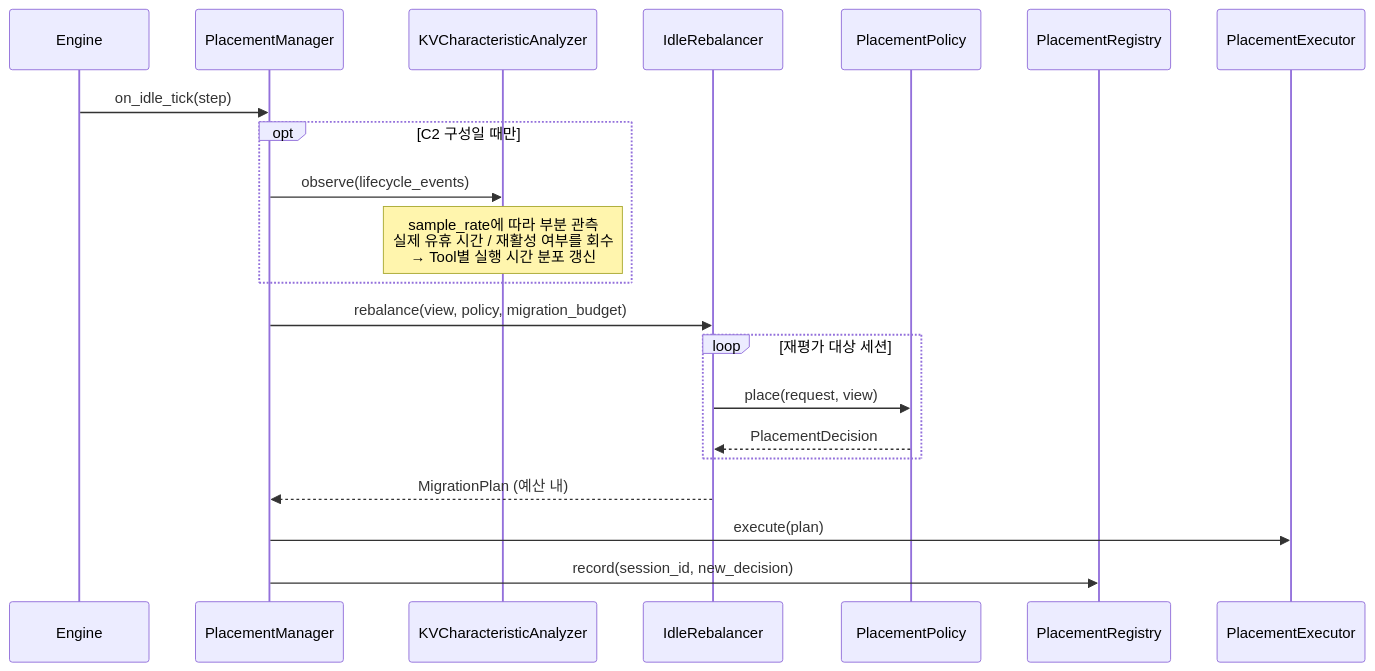
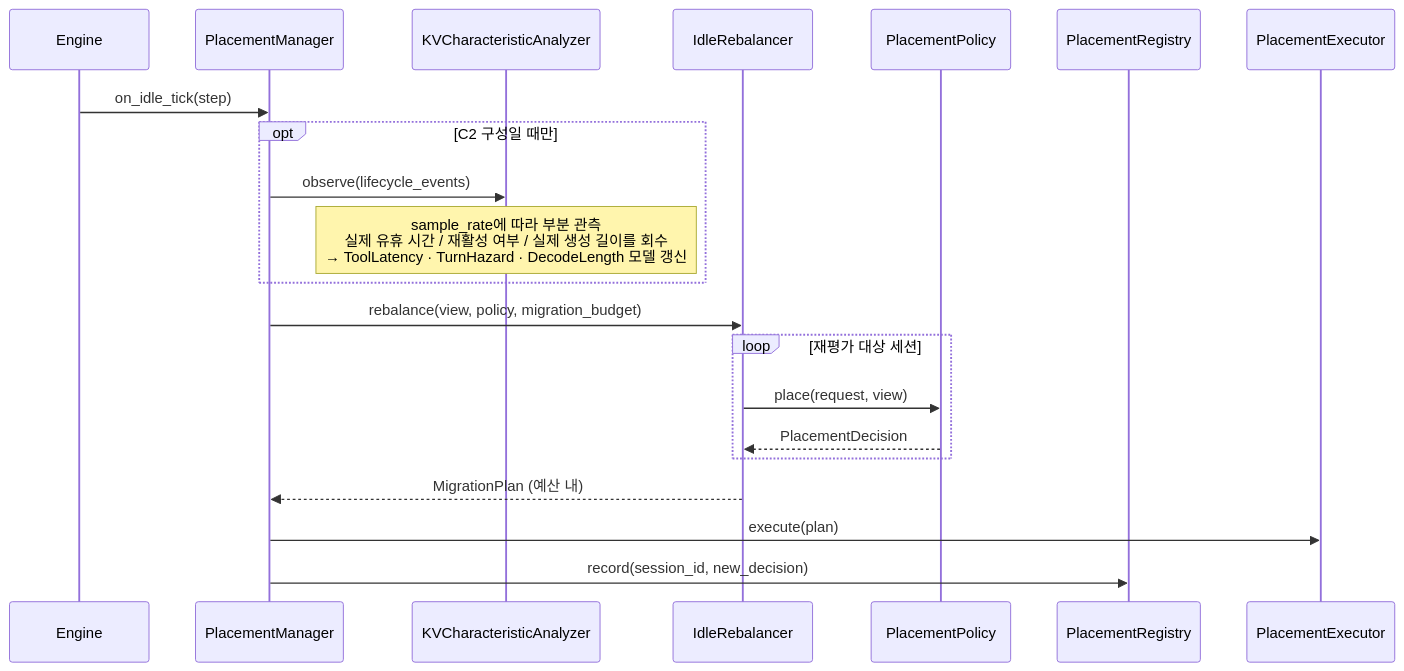
One commit to mkim0628/vllm changed diagram 11 of 11 in doc-architect/dp1-implementation-uml.md. Above: the diagram before and after it, drawn with Mermaid. The commit also changed other lines of this file and 1 other file, not shown here.

First line of the commit message:
docs(dp1): bring the UML in line with the two decision points

````diff
--- a/doc-architect/dp1-implementation-uml.md
+++ b/doc-architect/dp1-implementation-uml.md
@@ -607,24 +760,24 @@
 ```mermaid
 sequenceDiagram
     participant Eng as Engine
     participant Mgr as PlacementManager
     participant Ana as KVCharacteristicAnalyzer
     participant Reb as IdleRebalancer
     participant Pol as PlacementPolicy
     participant Reg as PlacementRegistry
     participant Exec as PlacementExecutor
 
     Eng->>Mgr: on_idle_tick(step)
     opt C2 구성일 때만
         Mgr->>Ana: observe(lifecycle_events)
-        Note over Ana: sample_rate에 따라 부분 관측<br/>실제 유휴 시간 / 재활성 여부를 회수<br/>→ Tool별 실행 시간 분포 갱신
+        Note over Ana: sample_rate에 따라 부분 관측<br/>실제 유휴 시간 / 재활성 여부 / 실제 생성 길이를 회수<br/>→ ToolLatency · TurnHazard · DecodeLength 모델 갱신
     end
     Mgr->>Reb: rebalance(view, policy, migration_budget)
     loop 재평가 대상 세션
         Reb->>Pol: place(request, view)
         Pol-->>Reb: PlacementDecision
     end
     Reb-->>Mgr: MigrationPlan (예산 내)
     Mgr->>Exec: execute(plan)
     Mgr->>Reg: record(session_id, new_decision)
 ```
````
